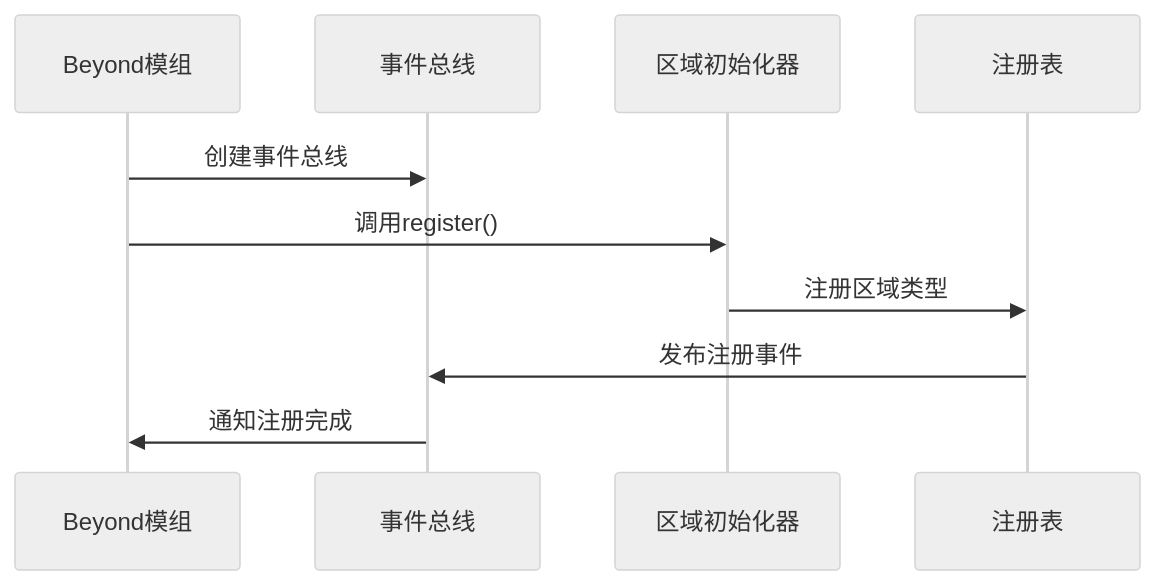
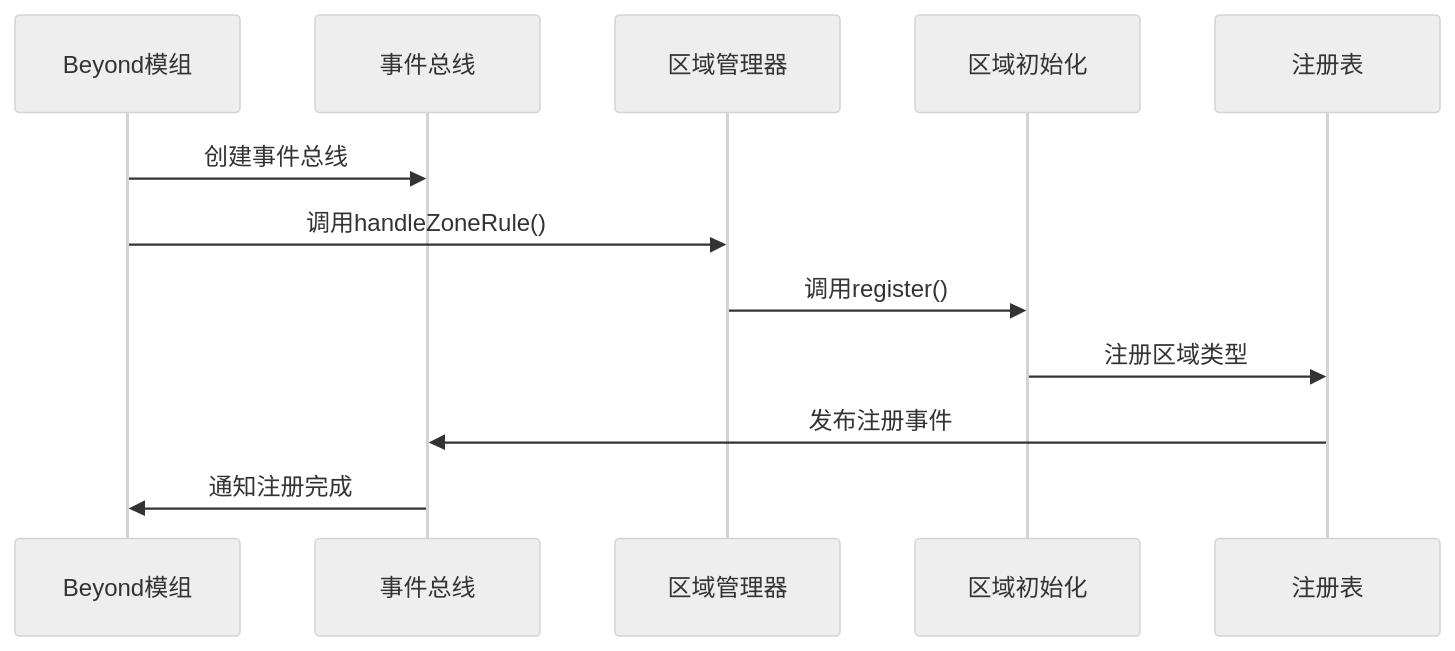
The tenth of 11 diagrams in .qoder/repowiki/zh/content/Zone Management System.md (Ver-shift/SubModulesGeneHunter), drawn with Mermaid (neutral theme) before and after one commit. The commit also changed other lines of this file and 49 other files, not shown here.

````diff
--- a/.qoder/repowiki/zh/content/Zone Management System.md
+++ b/.qoder/repowiki/zh/content/Zone Management System.md
@@ -395,12 +517,14 @@
 ```mermaid
 sequenceDiagram
 participant Mod as Beyond模组
 participant EventBus as 事件总线
-participant ZoneInit as 区域初始化器
+participant ZoneManager as 区域管理器
+participant ZoneInit as 区域初始化
 participant Registry as 注册表
 Mod->>EventBus : 创建事件总线
-Mod->>ZoneInit : 调用register()
+Mod->>ZoneManager : 调用handleZoneRule()
+ZoneManager->>ZoneInit : 调用register()
 ZoneInit->>Registry : 注册区域类型
 Registry->>EventBus : 发布注册事件
 EventBus->>Mod : 通知注册完成
 ```
````
